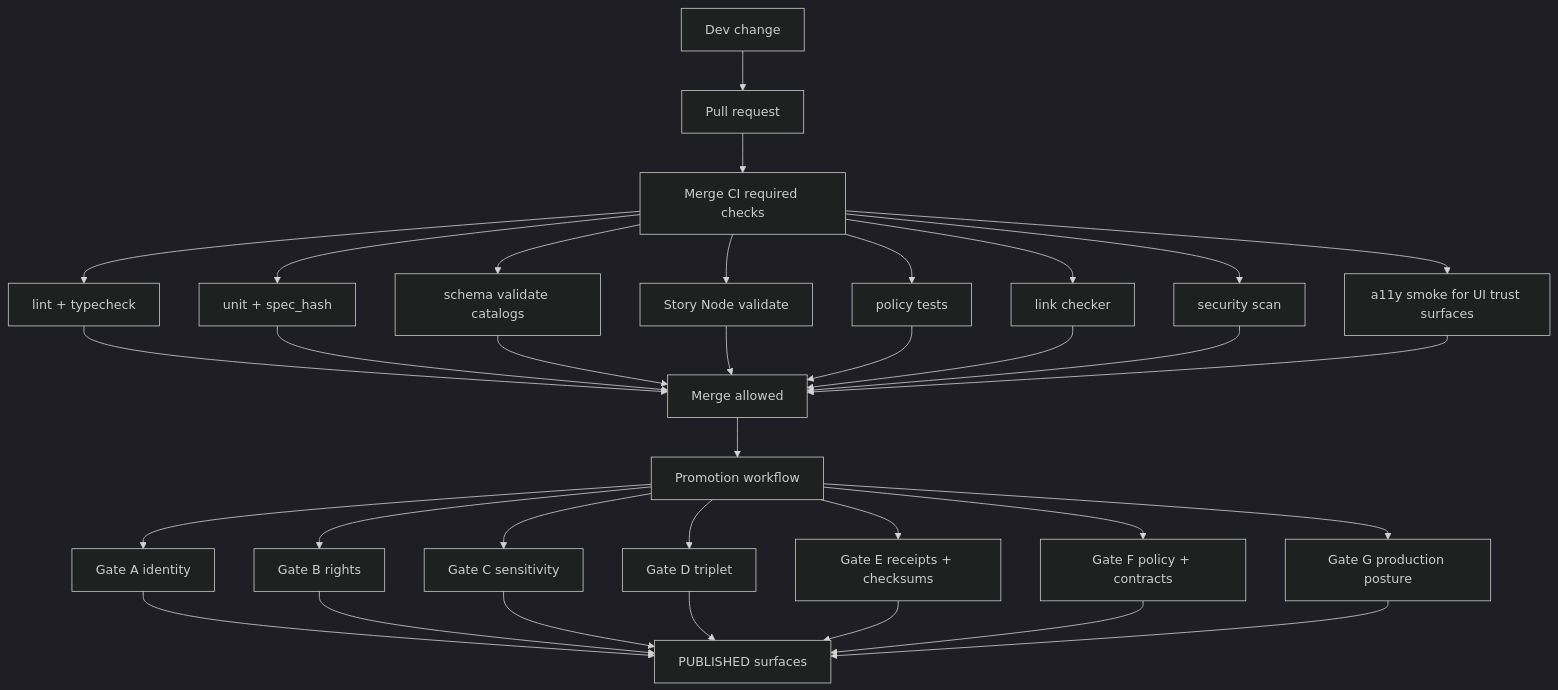
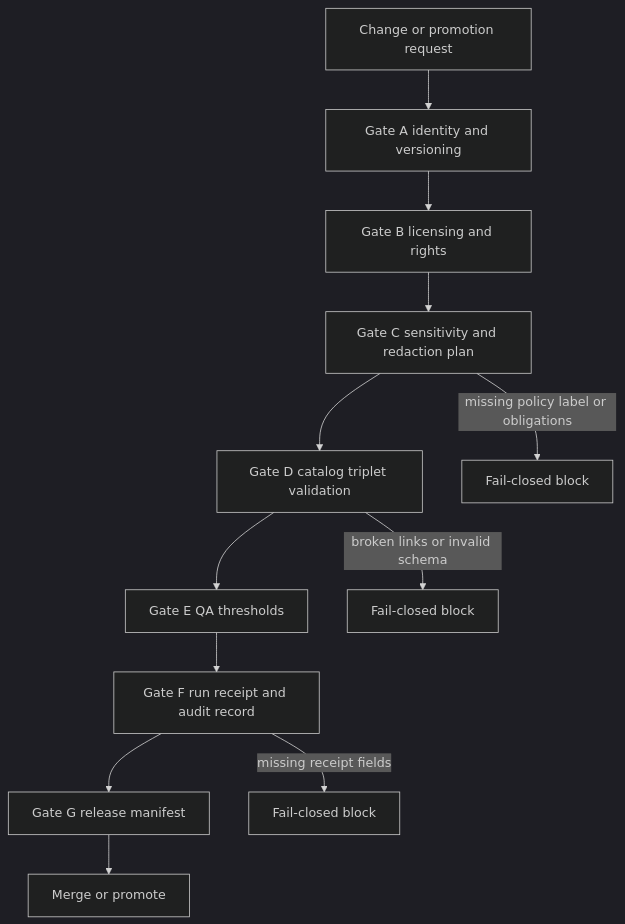
One commit to bartytime4life/Kansas-Frontier-Matrix changed the diagram in tests/README.md. Above: the diagram before and after it, drawn with Mermaid (dark theme). The commit also changed other lines of this file, not shown here.

First line of the commit message:
Revise tests README for governance updates

````diff
--- a/tests/README.md
+++ b/tests/README.md
@@ -152,40 +158,15 @@
 ```mermaid
-flowchart TD
-  Dev[Dev change] --> PR[Pull request]
-  PR --> MergeCI[Merge CI required checks]
+flowchart TB
+  PR[Change or promotion request] --> A[Gate A identity and versioning]
+  A --> B[Gate B licensing and rights]
+  B --> C[Gate C sensitivity and redaction plan]
+  C --> D[Gate D catalog triplet validation]
+  D --> E[Gate E QA thresholds]
+  E --> F[Gate F run receipt and audit record]
+  F --> G[Gate G release manifest]
+  G --> OK[Merge or promote]
 
-  MergeCI --> Lint[lint + typecheck]
-  MergeCI --> Unit[unit + spec_hash]
-  MergeCI --> Schema[schema validate catalogs]
-  MergeCI --> Story[Story Node validate]
-  MergeCI --> Policy[policy tests]
-  MergeCI --> Link[link checker]
-  MergeCI --> Sec[security scan]
-  MergeCI --> A11y[a11y smoke for UI trust surfaces]
-
-  Lint --> MergeOK[Merge allowed]
-  Unit --> MergeOK
-  Schema --> MergeOK
-  Story --> MergeOK
-  Policy --> MergeOK
-  Link --> MergeOK
-  Sec --> MergeOK
-  A11y --> MergeOK
-
-  MergeOK --> Promote[Promotion workflow]
-  Promote --> GateA[Gate A identity]
-  Promote --> GateB[Gate B rights]
-  Promote --> GateC[Gate C sensitivity]
-  Promote --> GateD[Gate D triplet]
-  Promote --> GateE[Gate E receipts + checksums]
-  Promote --> GateF[Gate F policy + contracts]
-  Promote --> GateG[Gate G production posture]
-
-  GateA --> Publish[PUBLISHED surfaces]
-  GateB --> Publish
-  GateC --> Publish
-  GateD --> Publish
-  GateE --> Publish
-  GateF --> Publish
-  GateG --> Publish
+  D -->|broken links or invalid schema| BLOCK1[Fail-closed block]
+  C -->|missing policy label or obligations| BLOCK2[Fail-closed block]
+  F -->|missing receipt fields| BLOCK3[Fail-closed block]
 ```
````
